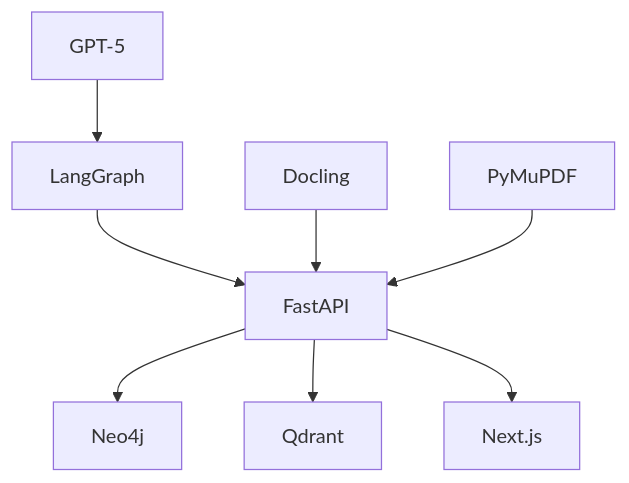
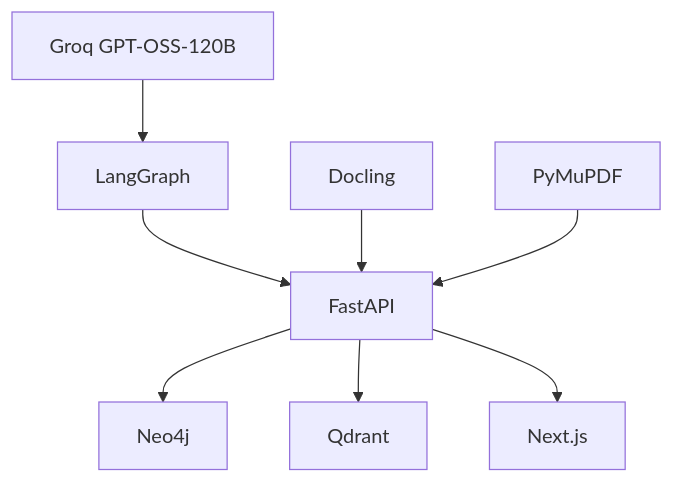
Before and after one commit to farahalmujaljel/Burhan: diagram 11 of 12 in TECHNICAL_SCHEMATIC.md, drawn with Mermaid. The commit also changed 9 other files, not shown here.

Commit message:
Replace Ollama with Groq GPT-OSS model

````diff
--- a/TECHNICAL_SCHEMATIC.md
+++ b/TECHNICAL_SCHEMATIC.md
@@ -321,33 +321,33 @@
 ```mermaid
 graph TD
 
-    GPT[GPT-5]
+    GPT[Groq GPT-OSS-120B]
 
     LangGraph[LangGraph]
 
     Docling[Docling]
 
     PyMuPDF[PyMuPDF]
 
     Neo4j[Neo4j]
 
     Qdrant[Qdrant]
 
     FastAPI[FastAPI]
 
     NextJS[Next.js]
 
     GPT --> LangGraph
 
     LangGraph --> FastAPI
 
     FastAPI --> Neo4j
 
     FastAPI --> Qdrant
 
     Docling --> FastAPI
 
     PyMuPDF --> FastAPI
 
     FastAPI --> NextJS
 ```
````
